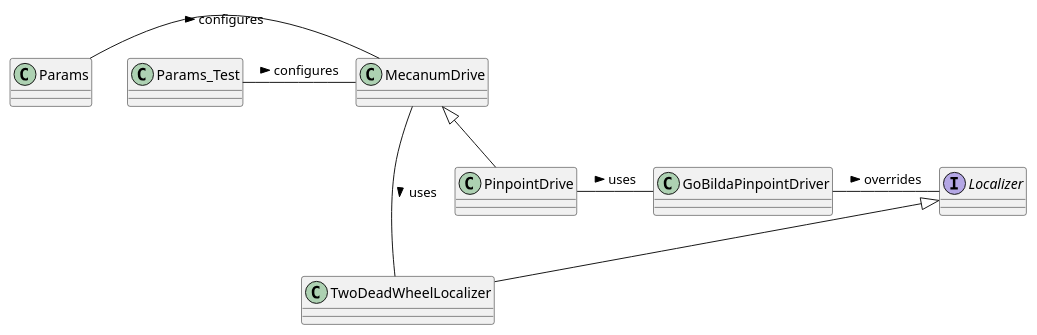
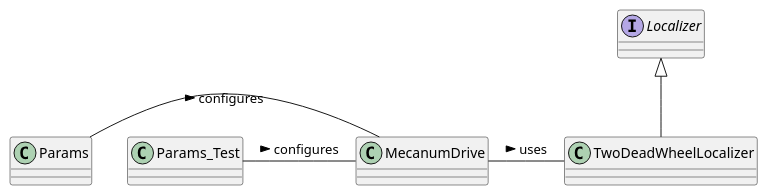
One commit to FTC14691-MechanicalMafia/2024_25_InToTheDeep_14691 changed the diagram in TeamCode/src/main/java/org/firstinspires/ftc/teamcode/MecanumDrive.puml. Above: the diagram before and after it, drawn with PlantUML. The commit also changed 7 other files, not shown here.

Commit message:
updating the diagrams for getting rid of the pinpoint driver

```diff
--- a/TeamCode/src/main/java/org/firstinspires/ftc/teamcode/MecanumDrive.puml
+++ b/TeamCode/src/main/java/org/firstinspires/ftc/teamcode/MecanumDrive.puml
@@ -1,21 +1,16 @@
 @startuml
 'https://plantuml.com/class-diagram
 
 class MecanumDrive
-class PinpointDrive
 class TwoDeadWheelLocalizer
 interface Localizer
-class GoBildaPinpointDriver
 class Params
 class Params_Test
 
 Localizer <|-- TwoDeadWheelLocalizer
-MecanumDrive <|-- PinpointDrive
 
 MecanumDrive - TwoDeadWheelLocalizer : uses >
-PinpointDrive - GoBildaPinpointDriver : uses >
-GoBildaPinpointDriver - Localizer : overrides >
 Params - MecanumDrive : configures >
 Params_Test - MecanumDrive : configures >
 
 @enduml
```
